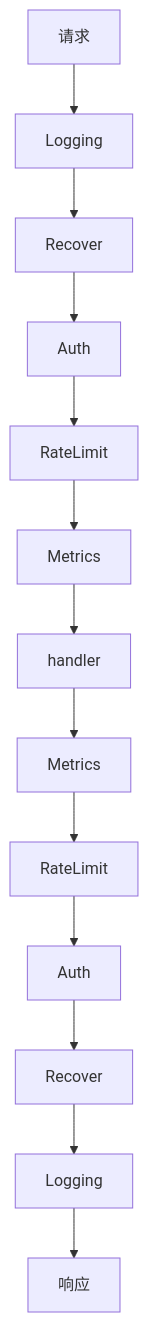
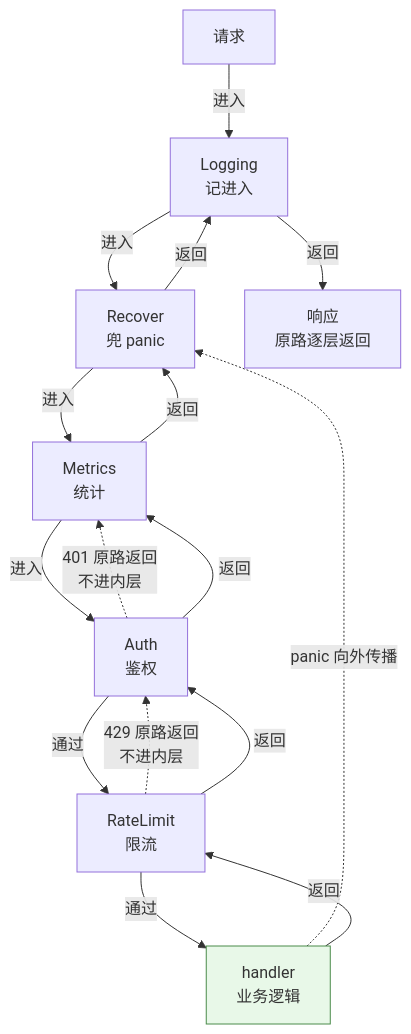
Before and after one commit to hub138/technical-knowledge: the fourth of 4 diagrams in vault/工程知识/软件构建：让变化可以理解、验证与交付/架构与代码/装饰器与中间件把横切关注点串成链.md, drawn with Mermaid. The commit also changed other lines of this file and 622 other files, not shown here.

````diff
--- a/vault/工程知识/软件构建：让变化可以理解、验证与交付/架构与代码/装饰器与中间件把横切关注点串成链.md
+++ b/vault/工程知识/软件构建：让变化可以理解、验证与交付/架构与代码/装饰器与中间件把横切关注点串成链.md
@@ -84,5 +146,19 @@
 ```mermaid
-flowchart TB
-    req["请求"] --> a1["Logging"] --> a2["Recover"] --> a3["Auth"] --> a4["RateLimit"] --> a5["Metrics"] --> h["handler"]
-    h --> b5["Metrics"] --> b4["RateLimit"] --> b3["Auth"] --> b2["Recover"] --> b1["Logging"] --> resp["响应"]
+flowchart TD
+  req["请求"] -->|进入| a1["Logging<br/>记进入"]
+  a1 -->|进入| a2["Recover<br/>兜 panic"]
+  a2 -->|进入| a3["Metrics<br/>统计"]
+  a3 -->|进入| a4["Auth<br/>鉴权"]
+  a4 -.->|"401 原路返回<br/>不进内层"| a3
+  a4 -->|通过| a5["RateLimit<br/>限流"]
+  a5 -.->|"429 原路返回<br/>不进内层"| a4
+  a5 -->|通过| h["handler<br/>业务逻辑"]
+  h -.->|"panic 向外传播"| a2
+  h -->|返回| a5
+  a5 -->|返回| a4
+  a4 -->|返回| a3
+  a3 -->|返回| a2
+  a2 -->|返回| a1
+  a1 -->|返回| resp["响应<br/>原路逐层返回"]
+ style h fill:#e8f8e8,stroke:#4a8b4a
 ```
````
